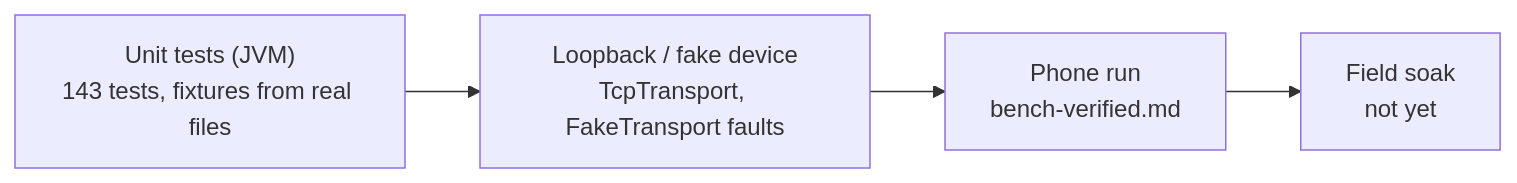
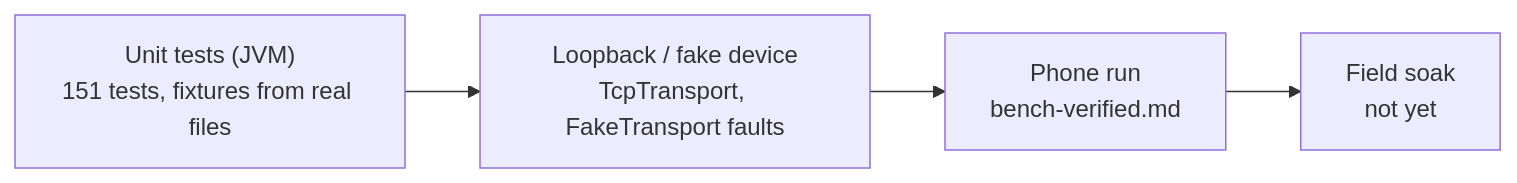
One commit to walkthru-earth/opensensor-space-mobile changed the diagram in docs/status.md. Above: the diagram before and after it, drawn with Mermaid. The commit also changed other lines of this file and 7 other files, not shown here.

Commit message:
docs: triggers in the start-graph, permissions table, status/README counts (151), screens, architecture, router; remove pre-trigger wording

````diff
--- a/docs/status.md
+++ b/docs/status.md
@@ -16,4 +18,4 @@
 ```mermaid
 flowchart LR
-  A["Unit tests (JVM)<br/>143 tests, fixtures from real files"] --> B["Loopback / fake device<br/>TcpTransport, FakeTransport faults"] --> C["Phone run<br/>bench-verified.md"] --> D["Field soak<br/>not yet"]
+  A["Unit tests (JVM)<br/>151 tests, fixtures from real files"] --> B["Loopback / fake device<br/>TcpTransport, FakeTransport faults"] --> C["Phone run<br/>bench-verified.md"] --> D["Field soak<br/>not yet"]
 ```
````
